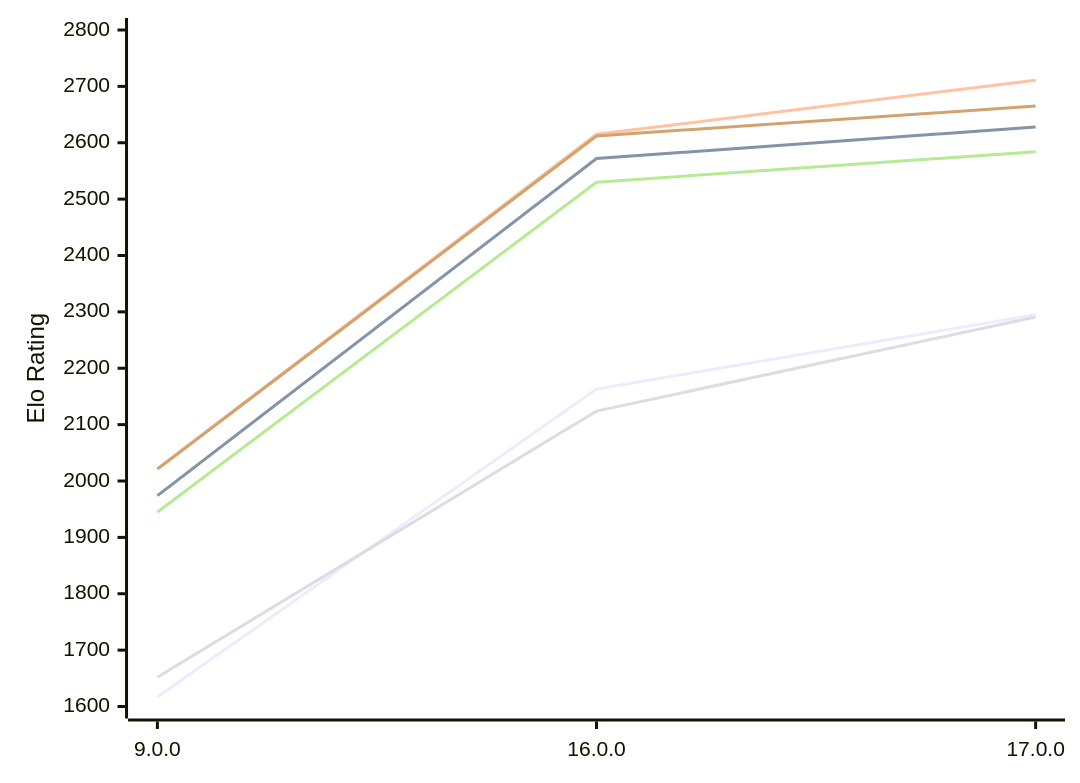
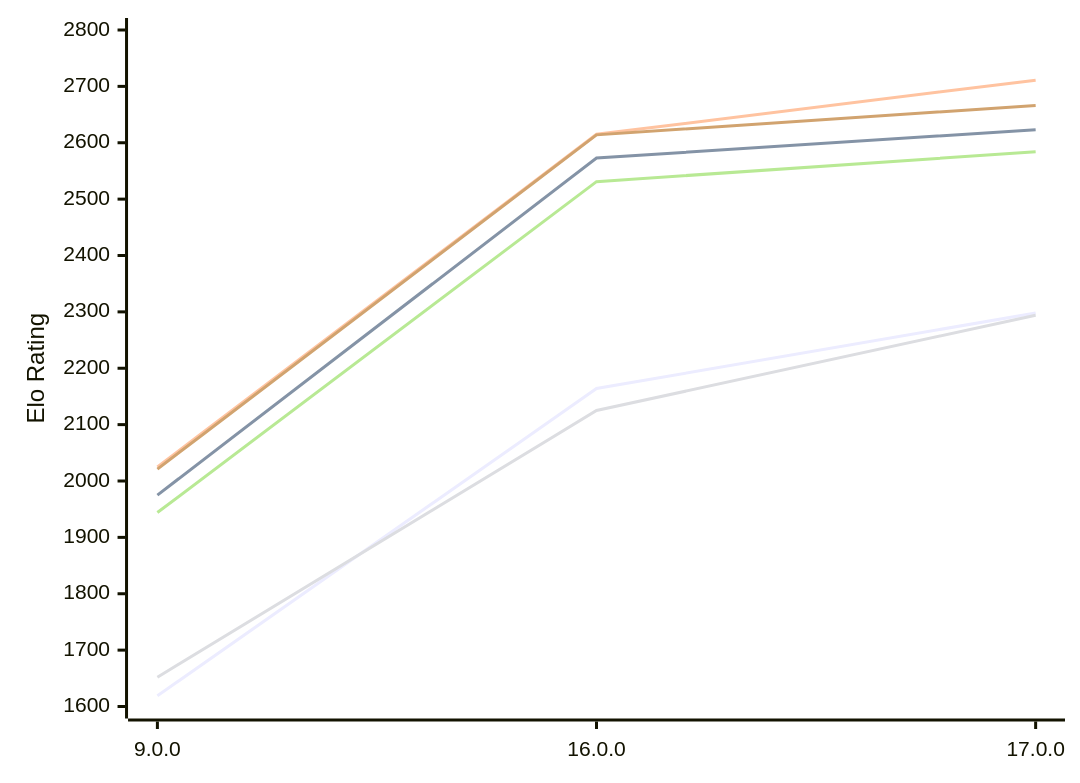
Before and after one commit to computer-chess-index/cci: the first of 2 diagrams in engines/Cepimetheus.md, drawn with Mermaid. The commit also changed other lines of this file, not shown here.

Commit message:
Update CCI Ratings (ELO VLTC) - 2026-11-19

````diff
--- a/engines/Cepimetheus.md
+++ b/engines/Cepimetheus.md
@@ -64,12 +64,12 @@
 ```mermaid
 %%{init: {"theme":"base","themeVariables":{"seriesColors:['#a3a3a3','#222221','#faa371']}}}%%
 xychart-beta
   x-axis ["9.0.0", "16.0.0", "17.0.0"]
   y-axis "Elo Rating" 1600 --> 2800
-  line "E1: STC (8.0+0.08s)" [1617, 2163, 2295]
-  line "E1: LTC (60.0+0.60s)" [1974, 2572, 2628]
-  line "E1: VLTC (2m24s+1.12s)" [2022, 2615, 2711]
-  line "P1: STC (8.0+0.08s)" [1652, 2124, 2291]
-  line "P1: LTC (60.0+0.60s)" [1945, 2530, 2584]
-  line "P1: VLTC (2m24s+1.12s)" [2021, 2612, 2665]
+  line "E1: STC (8.0+0.08s)" [1619, 2164, 2298]
+  line "E1: LTC (60.0+0.60s)" [1975, 2573, 2623]
+  line "E1: VLTC (2m24s+1.12s)" [2025, 2615, 2711]
+  line "P1: STC (8.0+0.08s)" [1652, 2125, 2294]
+  line "P1: LTC (60.0+0.60s)" [1944, 2531, 2584]
+  line "P1: VLTC (2m24s+1.12s)" [2021, 2614, 2666]
 ```
````
